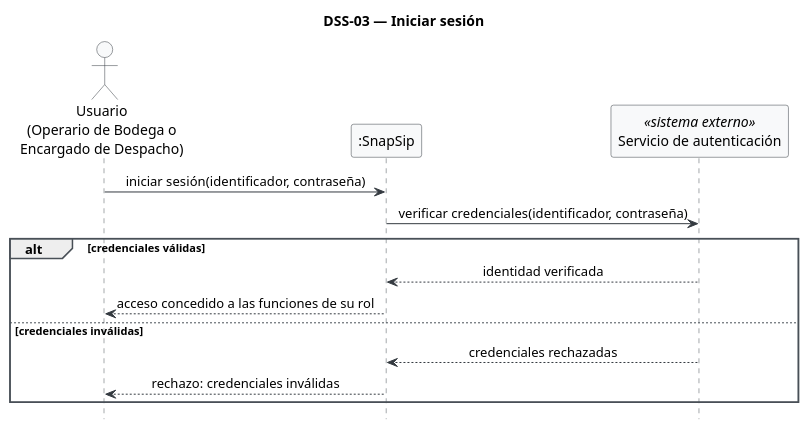
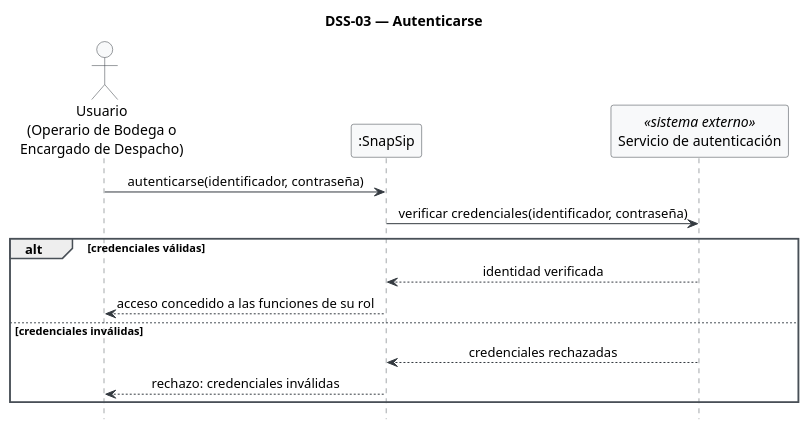
The diagram in diagramas/dss-03.puml (Foyzen-Kaze/snapsip), drawn with PlantUML before and after one commit.

Commit message:
Update title and action from login to authenticate

```diff
--- a/diagramas/dss-03.puml
+++ b/diagramas/dss-03.puml
@@ -1,30 +1,30 @@
 @startuml dss-03
-title DSS-03 — Iniciar sesión
+title DSS-03 — Autenticarse
 hide footbox
 skinparam shadowing false
 skinparam sequenceMessageAlign center
 skinparam maxMessageSize 300
 skinparam sequence {
   ArrowColor #343A40
   LifeLineBorderColor #495057
   ParticipantBackgroundColor #F8F9FA
   ParticipantBorderColor #343A40
   ActorBackgroundColor #F8F9FA
   ActorBorderColor #343A40
   GroupBorderColor #495057
 }
 
 actor "Usuario\n(Operario de Bodega o\nEncargado de Despacho)" as U
 participant ":SnapSip" as SS
 participant "Servicio de autenticación" as AUT <<sistema externo>>
 
-U -> SS : iniciar sesión(identificador, contraseña)
+U -> SS : autenticarse(identificador, contraseña)
 SS -> AUT : verificar credenciales(identificador, contraseña)
 alt credenciales válidas
   AUT --> SS : identidad verificada
   SS --> U : acceso concedido a las funciones de su rol
 else credenciales inválidas
   AUT --> SS : credenciales rechazadas
   SS --> U : rechazo: credenciales inválidas
 end
 @enduml
```
